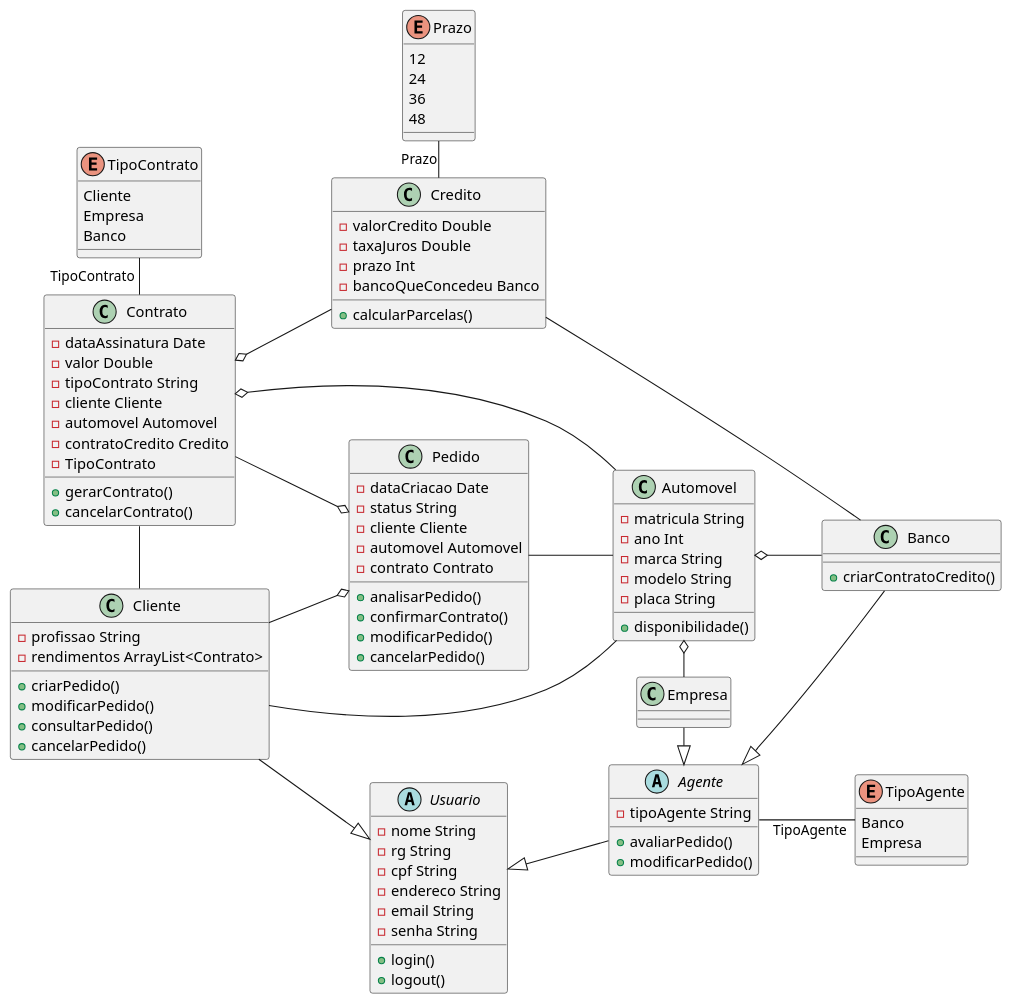
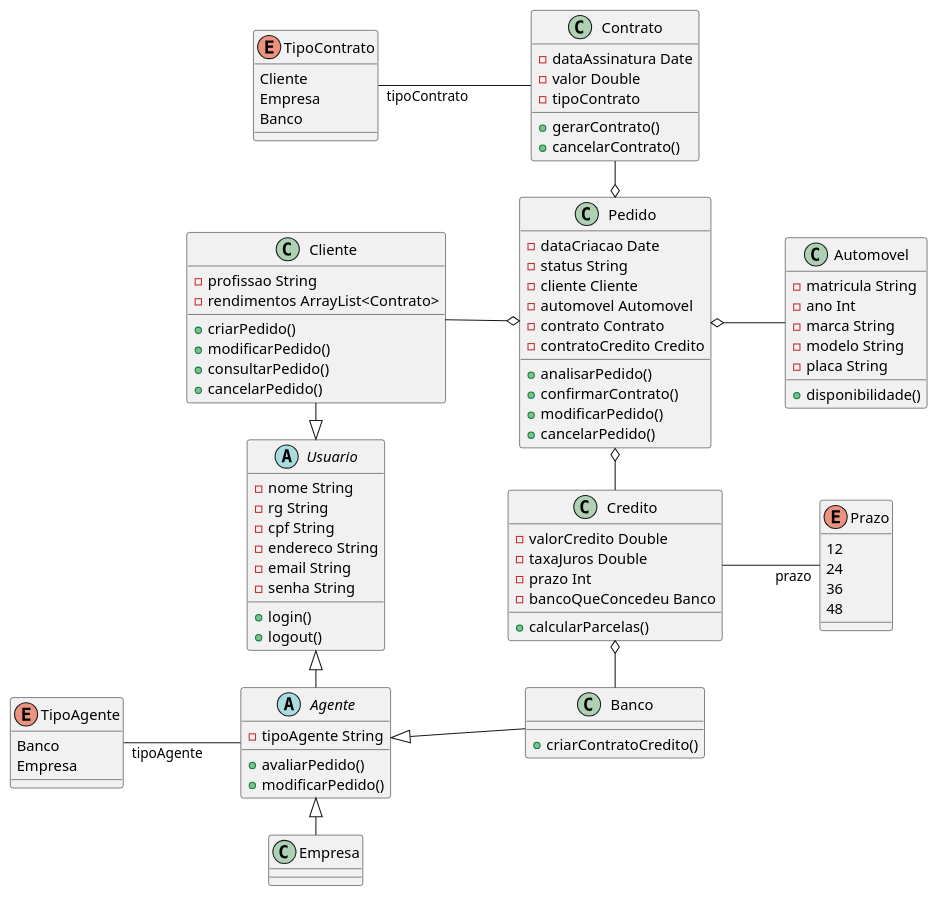
The diagram in projeto/ClassDiagram.puml (PhilippeVieira/AluguelCarros-LDS), drawn with PlantUML before and after one commit. The commit also changed 6 other files, not shown here.

```diff
--- a/projeto/ClassDiagram.puml
+++ b/projeto/ClassDiagram.puml
@@ -1,118 +1,111 @@
 @startuml
 left to right direction
 abstract class Usuario {
   - nome String
   - rg String
   - cpf String
   - endereco String
   - email String
   - senha String
 
   + login()
   + logout()
 }
 
 class Cliente{
   - profissao String
   - rendimentos ArrayList<Contrato>
 
   + criarPedido()
   + modificarPedido()
   + consultarPedido()
   + cancelarPedido()
 }
 
 abstract class Agente {
   - tipoAgente String
 
   + avaliarPedido()
   + modificarPedido()
 }
 enum TipoAgente {
     Banco
     Empresa
 }
 
 class Banco {
    + criarContratoCredito()
 }
 
 class Empresa{
 }
 
 class Pedido {
   - dataCriacao Date
   - status String
   - cliente Cliente
   - automovel Automovel
   - contrato Contrato
+  - contratoCredito Credito
 
   + analisarPedido()
   + confirmarContrato()
   + modificarPedido()
   + cancelarPedido()
 }
 
 class Contrato {
   - dataAssinatura Date
   - valor Double
-  - tipoContrato String
-  - cliente Cliente
-  - automovel Automovel
-  - contratoCredito Credito
-  - TipoContrato
+  - tipoContrato
 
   + gerarContrato()
   + cancelarContrato()
 }
 Enum TipoContrato {
     Cliente
     Empresa
     Banco
 }
 
 class Credito {
   - valorCredito Double
   - taxaJuros Double
   - prazo Int
   - bancoQueConcedeu Banco
 
   + calcularParcelas()
 }
 enum Prazo {
     12
     24
     36
     48
 }
 
 class Automovel {
   - matricula String
   - ano Int
   - marca String
   - modelo String
   - placa String
-'  - proprietario ClienteEmpresaBanco
 
   + disponibilidade()
 }
 
 Cliente -r-|> Usuario
 Agente -l-|>  Usuario
 Agente <|-- Banco
-Agente <|-l- Empresa
-Agente -- "TipoAgente" TipoAgente
+Agente <|-r- Empresa
+Agente -u- "tipoAgente" TipoAgente
 Pedido o-u- Cliente
-Pedido -- Automovel
-Pedido o-- Contrato
-Contrato -r- Cliente
-Contrato o-- Automovel
-Contrato o-- Credito
-Contrato -l- "TipoContrato" TipoContrato
-Credito -- Banco
-Prazo "Prazo" -r- Credito
-Automovel -- Cliente
-Automovel o-r- Empresa
-Automovel o-- Banco
+Pedido o-l- Contrato
+Pedido o-r- Credito
+Pedido o-- Automovel
+Contrato -u- "tipoContrato" TipoContrato
+Prazo "prazo" -u- Credito
+Banco -l-o Credito
+'Automovel o-r- Empresa
+'Automovel o-- Banco
 
 @enduml
```
